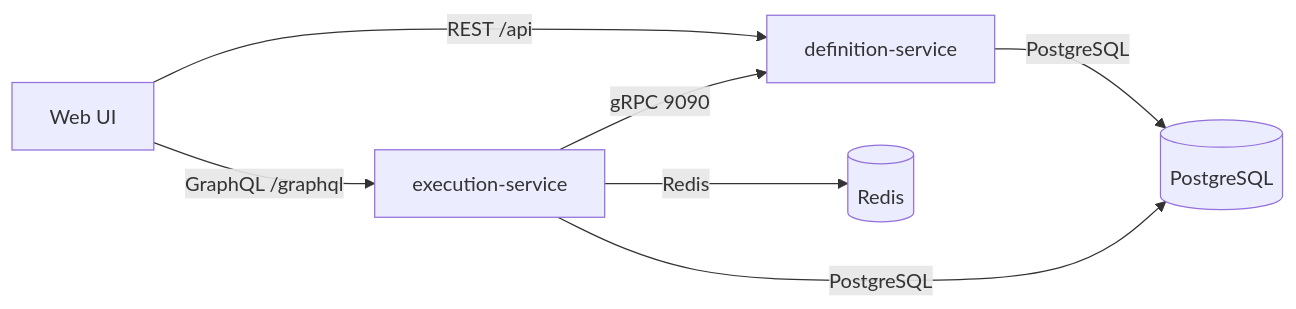
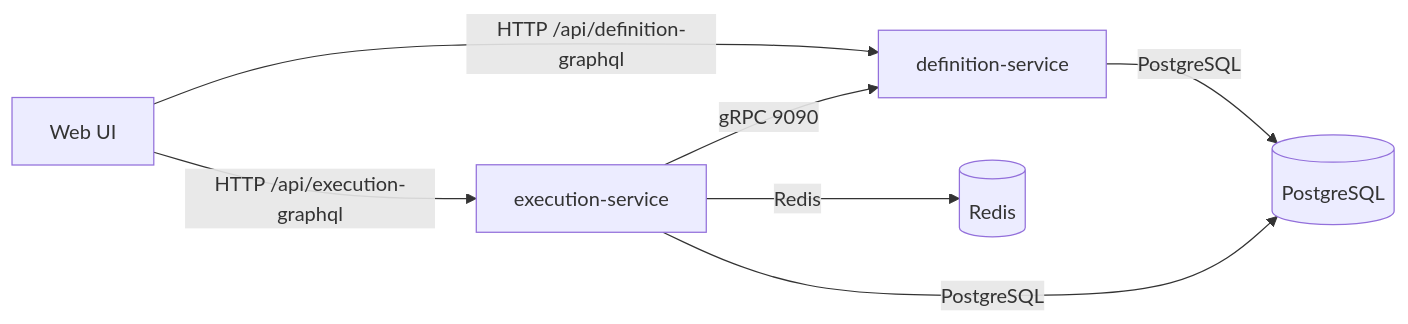
Before and after one commit to kushal-sharma-works/auctor-platform: the diagram in docs/architecture.md, drawn with Mermaid. The commit also changed other lines of this file and 13 other files, not shown here.

````diff
--- a/docs/architecture.md
+++ b/docs/architecture.md
@@ -3,9 +3,9 @@
 ```mermaid
 flowchart LR
-  web[Web UI] -->|REST /api| defsvc[definition-service]
-  web -->|GraphQL /graphql| execsvc[execution-service]
+  web[Web UI] -->|HTTP /api/definition-graphql| defsvc[definition-service]
+  web -->|HTTP /api/execution-graphql| execsvc[execution-service]
   execsvc -->|gRPC 9090| defsvc
   defsvc -->|PostgreSQL| db[(PostgreSQL)]
   execsvc -->|PostgreSQL| db
   execsvc -->|Redis| cache[(Redis)]
 ```
````
